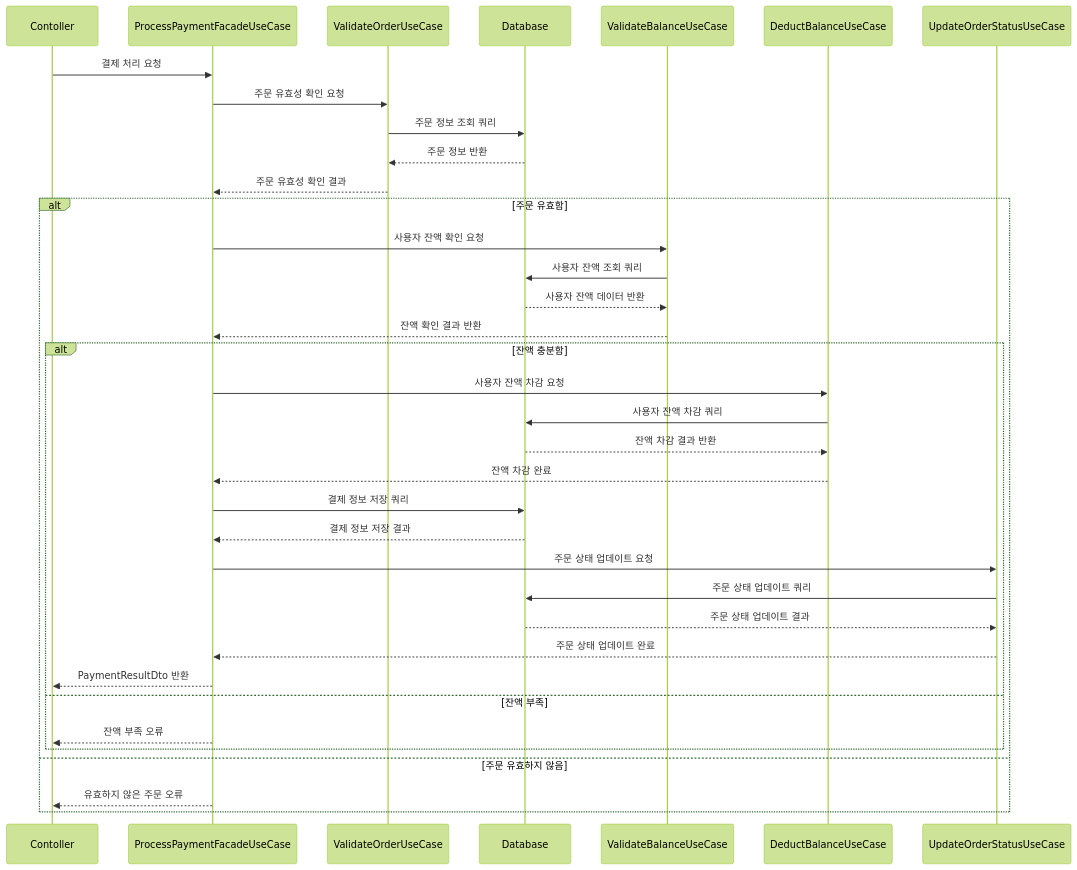
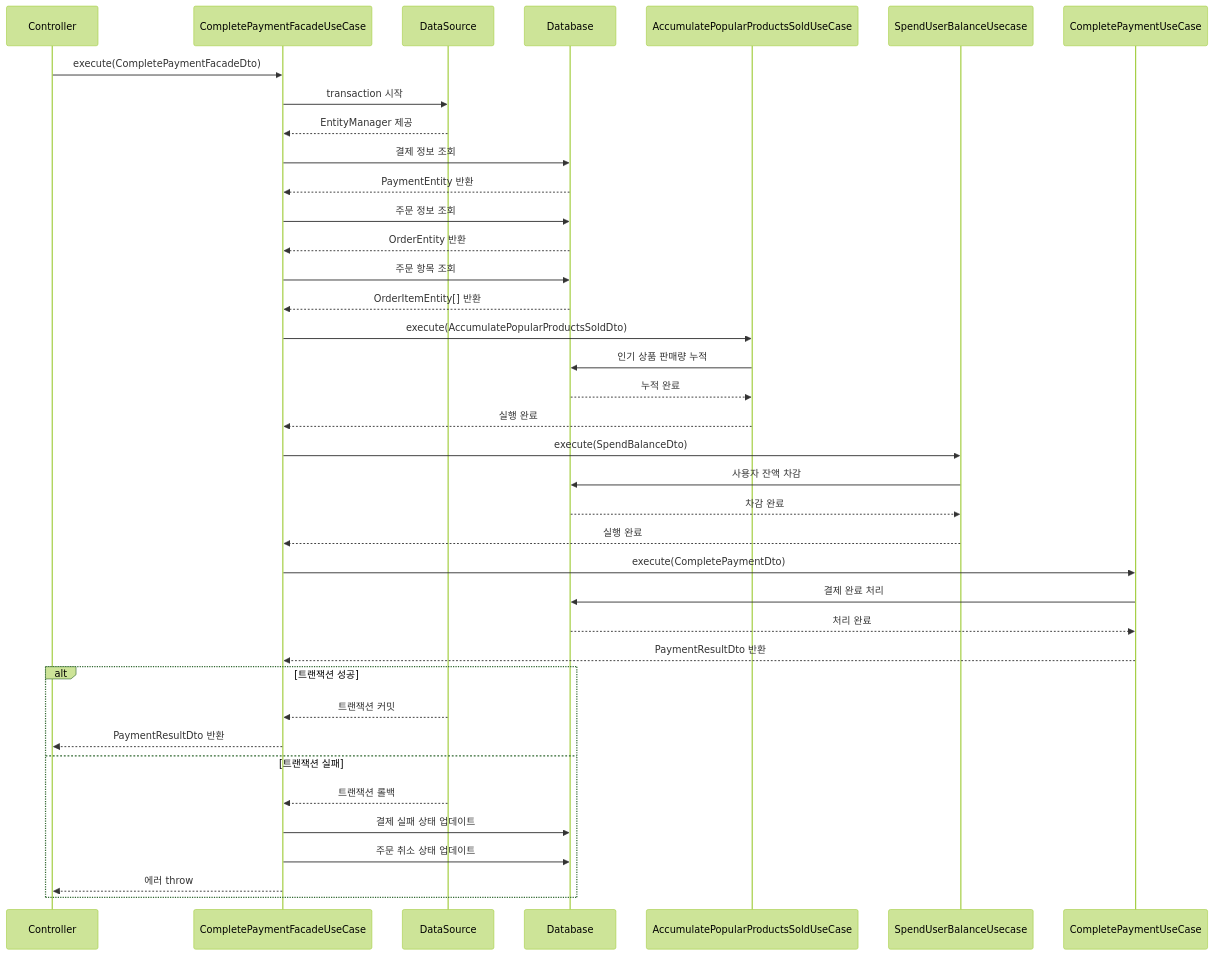
Before and after one commit to saint6839/hh-e-commerce: the seventh of 11 diagrams in README.md, drawn with Mermaid (forest theme). The commit also changed other lines of this file, not shown here.

Commit message:
docs: README.md 시퀀스 다이어그램 수정 사항 반영

````diff
--- a/README.md
+++ b/README.md
@@ -99,31 +88,33 @@
 ```mermaid
 sequenceDiagram
-  Contoller ->> ProcessPaymentFacadeUseCase: 결제 처리 요청
-  ProcessPaymentFacadeUseCase ->> ValidateOrderUseCase: 주문 유효성 확인 요청
-  ValidateOrderUseCase ->> Database: 주문 정보 조회 쿼리
-  Database -->> ValidateOrderUseCase: 주문 정보 반환
-  ValidateOrderUseCase -->> ProcessPaymentFacadeUseCase: 주문 유효성 확인 결과
-  alt 주문 유효함
-    ProcessPaymentFacadeUseCase ->> ValidateBalanceUseCase: 사용자 잔액 확인 요청
-    ValidateBalanceUseCase ->> Database: 사용자 잔액 조회 쿼리
-    Database -->> ValidateBalanceUseCase: 사용자 잔액 데이터 반환
-    ValidateBalanceUseCase -->> ProcessPaymentFacadeUseCase: 잔액 확인 결과 반환
-    alt 잔액 충분함
-      ProcessPaymentFacadeUseCase ->> DeductBalanceUseCase: 사용자 잔액 차감 요청
-      DeductBalanceUseCase ->> Database: 사용자 잔액 차감 쿼리
-      Database -->> DeductBalanceUseCase: 잔액 차감 결과 반환
-      DeductBalanceUseCase -->> ProcessPaymentFacadeUseCase: 잔액 차감 완료
-      ProcessPaymentFacadeUseCase ->> Database: 결제 정보 저장 쿼리
-      Database -->> ProcessPaymentFacadeUseCase: 결제 정보 저장 결과
-      ProcessPaymentFacadeUseCase ->> UpdateOrderStatusUseCase: 주문 상태 업데이트 요청
-      UpdateOrderStatusUseCase ->> Database: 주문 상태 업데이트 쿼리
-      Database -->> UpdateOrderStatusUseCase: 주문 상태 업데이트 결과
-      UpdateOrderStatusUseCase -->> ProcessPaymentFacadeUseCase: 주문 상태 업데이트 완료
-      ProcessPaymentFacadeUseCase -->> Contoller: PaymentResultDto 반환
-    else 잔액 부족
-      ProcessPaymentFacadeUseCase -->> Contoller: 잔액 부족 오류
+    Controller->>CompletePaymentFacadeUseCase: execute(CompletePaymentFacadeDto)
+    CompletePaymentFacadeUseCase->>DataSource: transaction 시작
+    DataSource-->>CompletePaymentFacadeUseCase: EntityManager 제공
+    CompletePaymentFacadeUseCase->>Database: 결제 정보 조회
+    Database-->>CompletePaymentFacadeUseCase: PaymentEntity 반환
+    CompletePaymentFacadeUseCase->>Database: 주문 정보 조회
+    Database-->>CompletePaymentFacadeUseCase: OrderEntity 반환
+    CompletePaymentFacadeUseCase->>Database: 주문 항목 조회
+    Database-->>CompletePaymentFacadeUseCase: OrderItemEntity[] 반환
+    CompletePaymentFacadeUseCase->>AccumulatePopularProductsSoldUseCase: execute(AccumulatePopularProductsSoldDto)
+    AccumulatePopularProductsSoldUseCase->>Database: 인기 상품 판매량 누적
+    Database-->>AccumulatePopularProductsSoldUseCase: 누적 완료
+    AccumulatePopularProductsSoldUseCase-->>CompletePaymentFacadeUseCase: 실행 완료
+    CompletePaymentFacadeUseCase->>SpendUserBalanceUsecase: execute(SpendBalanceDto)
+    SpendUserBalanceUsecase->>Database: 사용자 잔액 차감
+    Database-->>SpendUserBalanceUsecase: 차감 완료
+    SpendUserBalanceUsecase-->>CompletePaymentFacadeUseCase: 실행 완료
+    CompletePaymentFacadeUseCase->>CompletePaymentUseCase: execute(CompletePaymentDto)
+    CompletePaymentUseCase->>Database: 결제 완료 처리
+    Database-->>CompletePaymentUseCase: 처리 완료
+    CompletePaymentUseCase-->>CompletePaymentFacadeUseCase: PaymentResultDto 반환
+    alt 트랜잭션 성공
+        DataSource-->>CompletePaymentFacadeUseCase: 트랜잭션 커밋
+        CompletePaymentFacadeUseCase-->>Controller: PaymentResultDto 반환
+    else 트랜잭션 실패
+        DataSource-->>CompletePaymentFacadeUseCase: 트랜잭션 롤백
+        CompletePaymentFacadeUseCase->>Database: 결제 실패 상태 업데이트
+        CompletePaymentFacadeUseCase->>Database: 주문 취소 상태 업데이트
+        CompletePaymentFacadeUseCase-->>Controller: 에러 throw
     end
-  else 주문 유효하지 않음
-    ProcessPaymentFacadeUseCase -->> Contoller: 유효하지 않은 주문 오류
-  end
 ```
````
